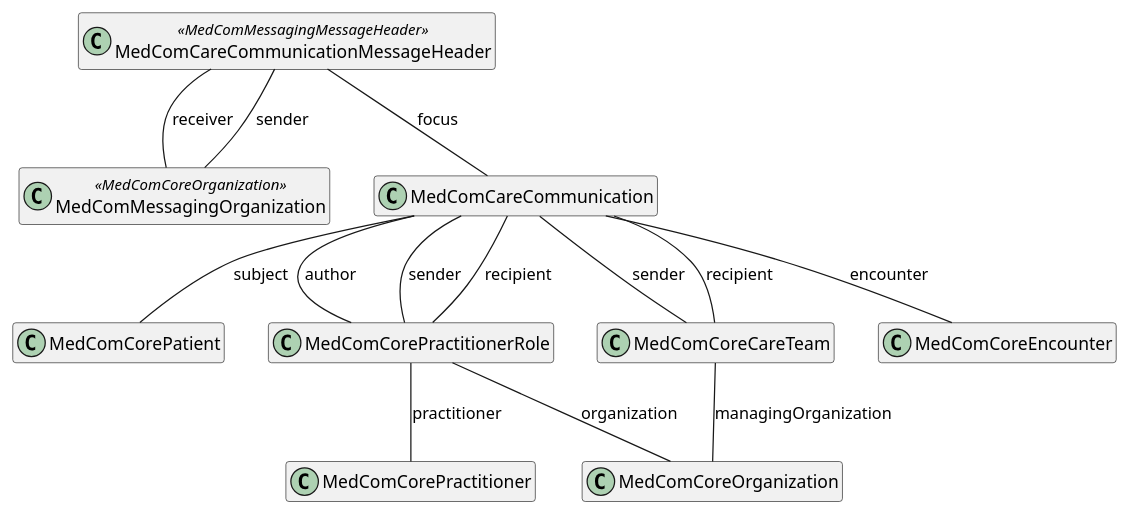
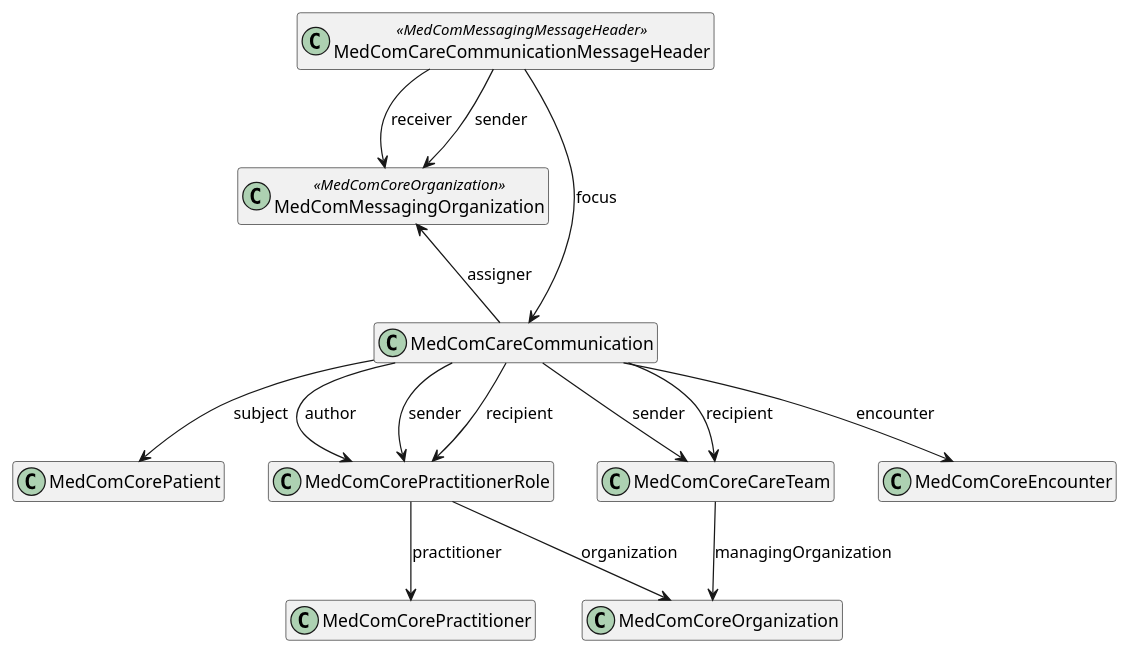
The diagram in puml/CareCommunicationMessageHeader.puml (medcomdk/dk-medcom-carecommunication), drawn with PlantUML before and after one commit. The commit also changed 22 other files, not shown here.

```diff
--- a/puml/CareCommunicationMessageHeader.puml
+++ b/puml/CareCommunicationMessageHeader.puml
@@ -1,32 +1,32 @@
 @startuml CareCommunicationMessageHeader
 
 hide empty members
 
 top to bottom direction
 
 class "MedComCareCommunicationMessageHeader" as messageheader <<MedComMessagingMessageHeader>>
 class "MedComMessagingOrganization" as messagingOrganization <<MedComCoreOrganization>>
 class "MedComCareCommunication" as communication
 class "MedComCorePatient" as patient
 class "MedComCorePractitionerRole" as pracRole
 class "MedComCoreCareTeam" as careteam
 class "MedComCorePractitioner" as author
 class "MedComCoreEncounter" as encounter
 class "MedComCoreOrganization" as organization
 
-messageheader -- communication : "focus"
-communication -- patient : "subject"
-communication -- pracRole : "author"
-communication -- careteam : "sender"
-communication -- careteam : "recipient"
-communication -- pracRole : "sender"
-communication -- pracRole : "recipient"
-pracRole -- author : "practitioner"
-pracRole -- organization : "organization"
-careteam -- organization : "managingOrganization"
-communication -- encounter : "encounter"
+messageheader --> communication : "focus"
+communication --> patient : "subject"
+communication --> pracRole : "author"
+communication --> careteam : "sender"
+communication --> careteam : "recipient"
+communication --> pracRole : "sender"
+communication --> pracRole : "recipient"
+messagingOrganization <-- communication : "assigner"
+pracRole --> author : "practitioner"
+pracRole --> organization : "organization"
+careteam --> organization : "managingOrganization"
+communication --> encounter : "encounter"
 
-
-messageheader -- messagingOrganization : "receiver"
-messageheader -- messagingOrganization : "sender"
+messageheader --> messagingOrganization : "receiver"
+messageheader --> messagingOrganization : "sender"
 @enduml
```
